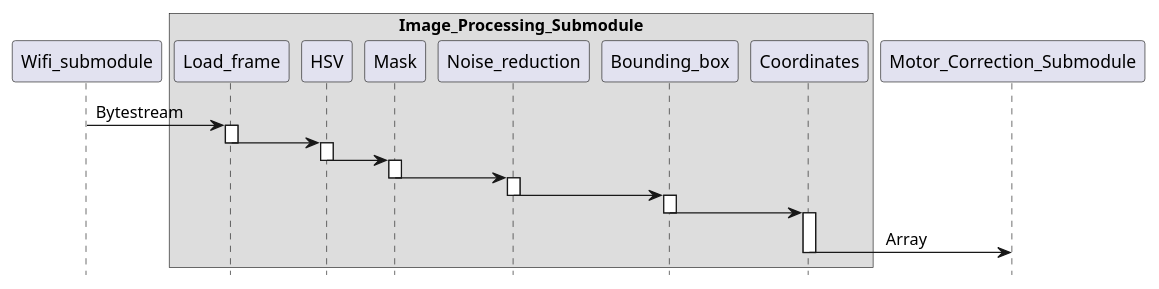
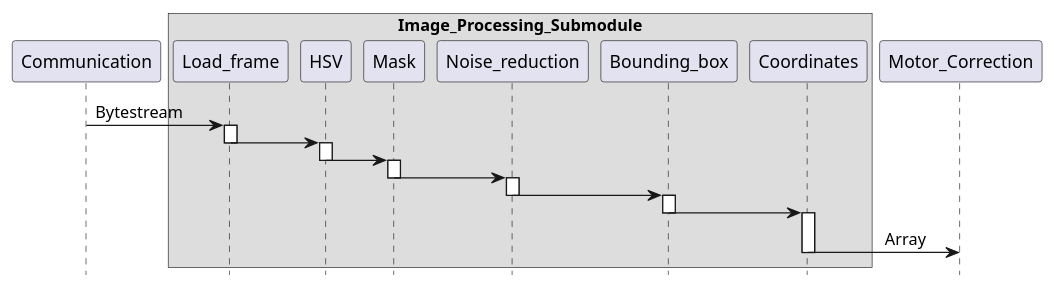
Before and after one commit to CE-CF/ComTek4_Project: the diagram in Kode/Edgenode/ImgProcess/test.puml, drawn with PlantUML. The commit also changed 3 other files, not shown here.

```diff
--- a/Kode/Edgenode/ImgProcess/test.puml
+++ b/Kode/Edgenode/ImgProcess/test.puml
@@ -1,34 +1,34 @@
 @startuml
 hide footbox
 
-participant Wifi_submodule
+participant Communication
 box "Image_Processing_Submodule"
 participant Load_frame 
 participant HSV
 participant Mask
 participant Noise_reduction
 participant Bounding_box
 participant Coordinates 
 end box
-participant Motor_Correction_Submodule 
-Wifi_submodule -> Load_frame:     Bytestream
+participant Motor_Correction 
+Communication -> Load_frame:     Bytestream
 activate Load_frame
 Load_frame -> HSV
 deactivate Load_frame
 activate HSV
 HSV -> Mask
 deactivate HSV
 activate Mask
 Mask -> Noise_reduction
 deactivate Mask
 activate Noise_reduction
 Noise_reduction -> Bounding_box
 deactivate Noise_reduction
 activate Bounding_box
 Bounding_box -> Coordinates
 deactivate Bounding_box
 activate Coordinates
-Coordinates -> Motor_Correction_Submodule: \t\tArray
+Coordinates -> Motor_Correction: \t\tArray
 deactivate Coordinates
 
 @enduml 
```
